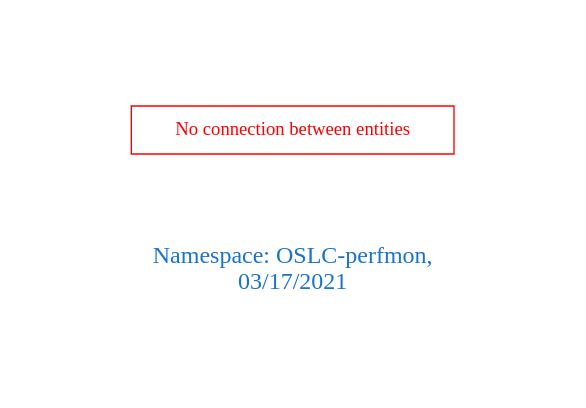
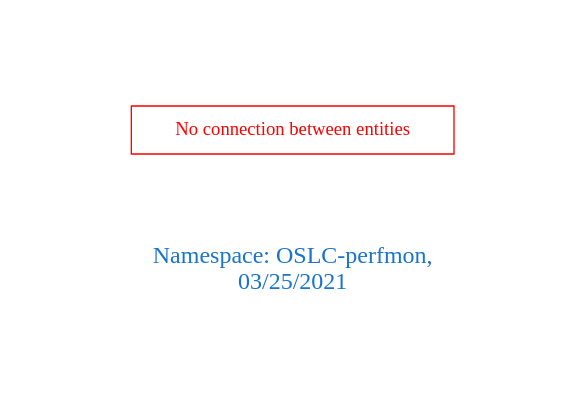
Before and after one commit to arago/OGIT: the diagram in downloads/OSLC-perfmon.dot, drawn with Graphviz. The commit also changed 1860 other files, not shown here.

```diff
--- a/downloads/OSLC-perfmon.dot
+++ b/downloads/OSLC-perfmon.dot
@@ -1,9 +1,9 @@
 digraph OGIT_ontology {
  graph [ rankdir= LR,pad=1 
 fontsize = 18,
-fontcolor= dodgerblue3,label = "\n\n\nNamespace: OSLC-perfmon, \n 03/17/2021"];
+fontcolor= dodgerblue3,label = "\n\n\nNamespace: OSLC-perfmon, \n 03/25/2021"];
 node[shape=polygon];
 edge [  color="gray81"];
 
 "No connection between entities" [fontcolor = "red",color="red", shape="polygon"]
 }
```
